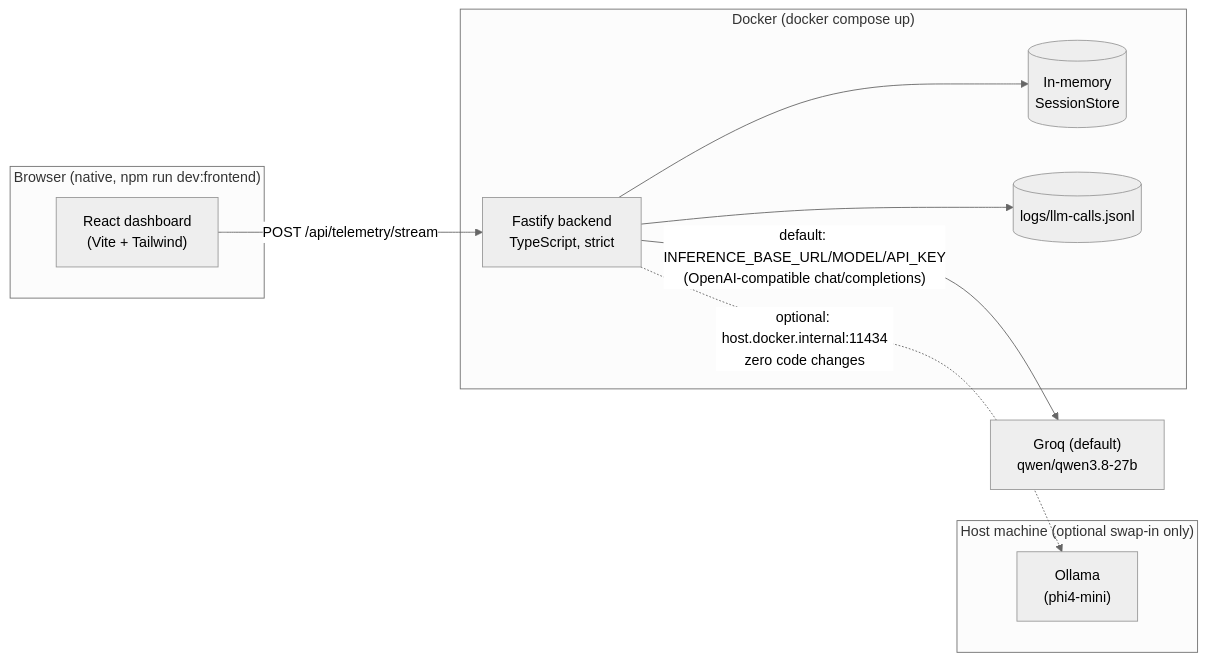
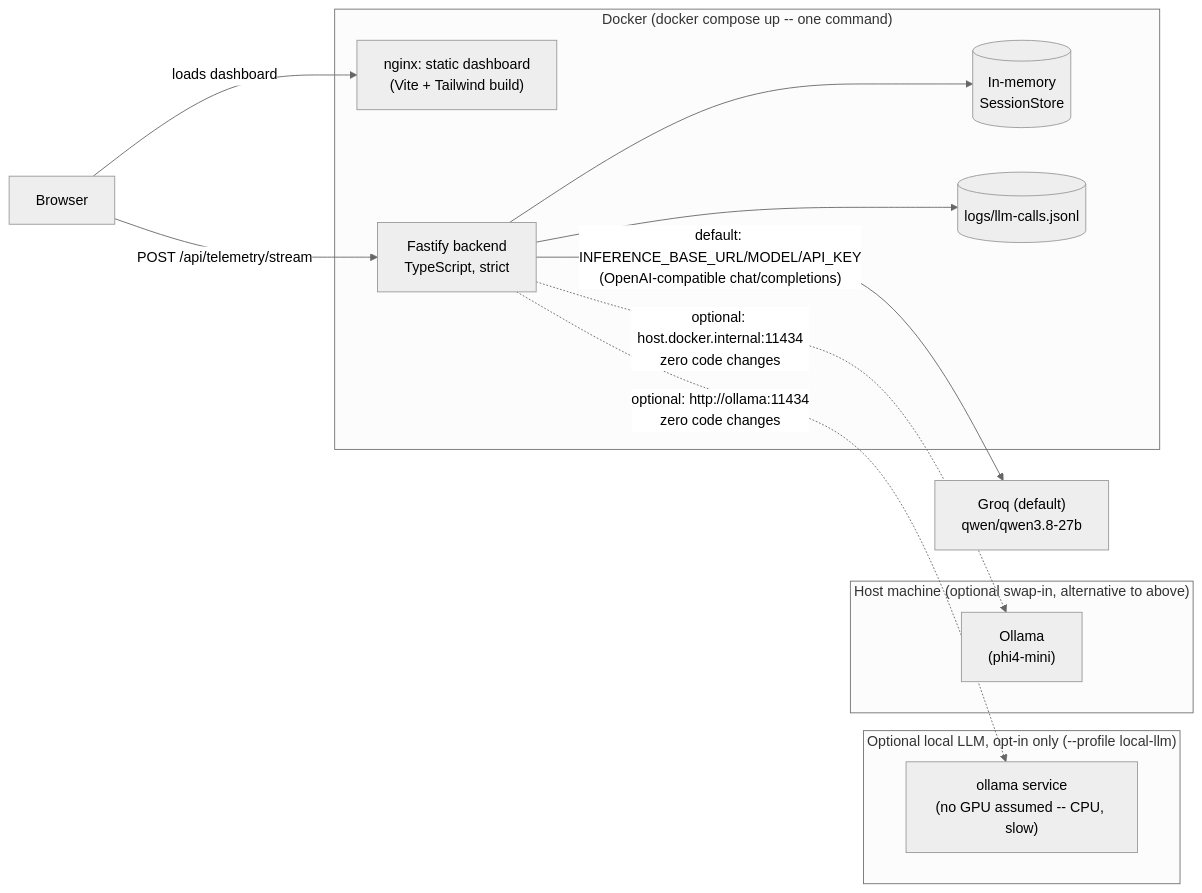
The diagram in ARCHITECTURE.md (0x66656c6978/echory-sentiment-intelligence-engine), drawn with Mermaid (neutral theme) before and after one commit. The commit also changed other lines of this file and 10 other files, not shown here.

````diff
--- a/ARCHITECTURE.md
+++ b/ARCHITECTURE.md
@@ -10,24 +10,29 @@
 ```mermaid
 flowchart LR
-    subgraph browser["Browser (native, npm run dev:frontend)"]
-        FE["React dashboard\n(Vite + Tailwind)"]
-    end
+    Browser["Browser"]
 
-    subgraph docker["Docker (docker compose up)"]
+    subgraph docker["Docker (docker compose up -- one command)"]
+        FE["nginx: static dashboard\n(Vite + Tailwind build)"]
         BE["Fastify backend\nTypeScript, strict"]
         Store[("In-memory\nSessionStore")]
         Log[("logs/llm-calls.jsonl")]
     end
 
     Cloud["Groq (default)\nqwen/qwen3.8-27b"]
 
-    subgraph host["Host machine (optional swap-in only)"]
-        Ollama["Ollama\n(phi4-mini)"]
+    subgraph optional["Optional local LLM, opt-in only (--profile local-llm)"]
+        OllamaC["ollama service\n(no GPU assumed -- CPU, slow)"]
     end
 
-    FE -- "POST /api/telemetry/stream" --> BE
+    subgraph host["Host machine (optional swap-in, alternative to above)"]
+        OllamaH["Ollama\n(phi4-mini)"]
+    end
+
+    Browser -- "loads dashboard" --> FE
+    Browser -- "POST /api/telemetry/stream" --> BE
     BE -- "default: INFERENCE_BASE_URL/MODEL/API_KEY\n(OpenAI-compatible chat/completions)" --> Cloud
-    BE -. "optional: host.docker.internal:11434\nzero code changes" .-> Ollama
+    BE -. "optional: http://ollama:11434\nzero code changes" .-> OllamaC
+    BE -. "optional: host.docker.internal:11434\nzero code changes" .-> OllamaH
     BE --> Store
     BE --> Log
 ```
````
